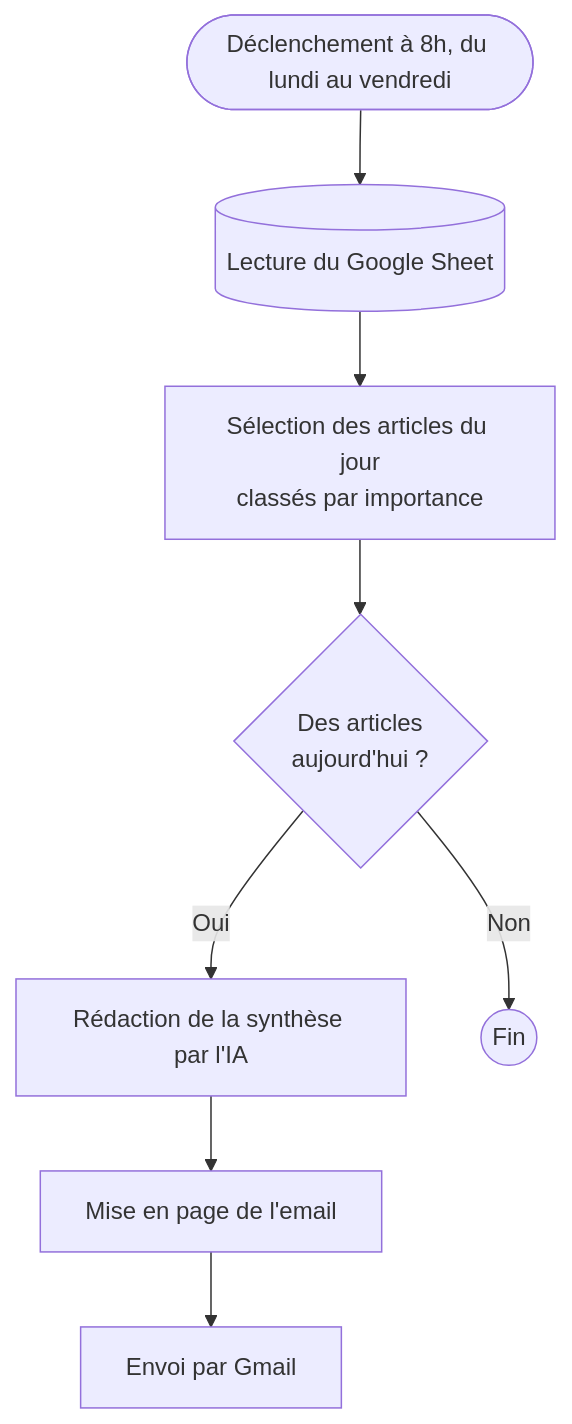
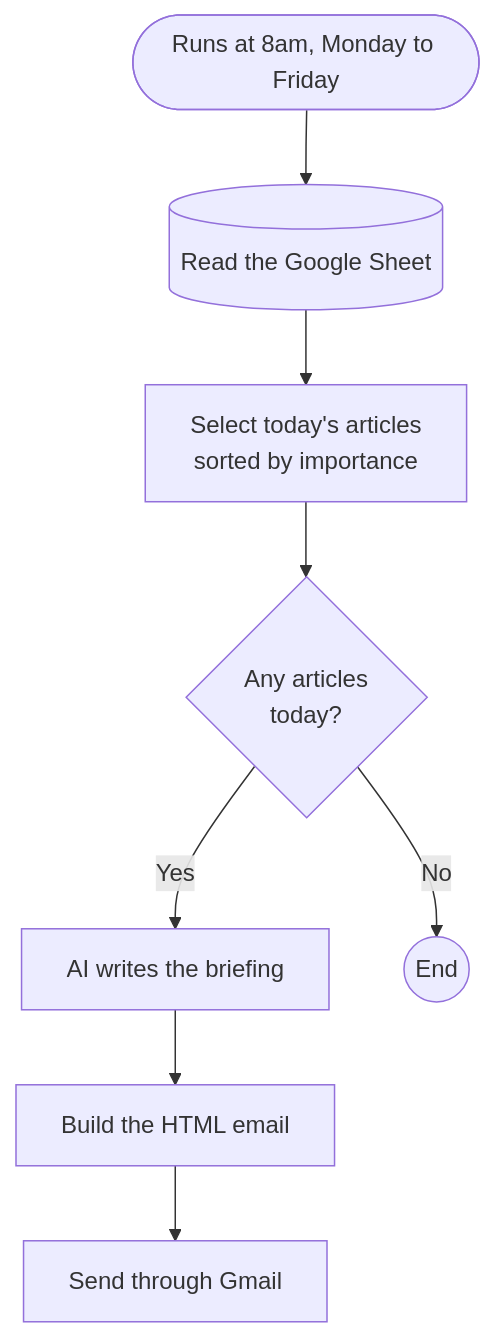
One commit to soumailaniampa11/Payment-watch changed the third of 3 diagrams in README.md. Above: the diagram before and after it, drawn with Mermaid. The commit also changed other lines of this file, not shown here.

````diff
--- a/README.md
+++ b/README.md
@@ -95,15 +95,15 @@
 ```mermaid
 flowchart TD
-    T(["Déclenchement à 8h, du lundi au vendredi"])
-    R[("Lecture du Google Sheet")]
-    P["Sélection des articles du jour<br/>classés par importance"]
-    C{"Des articles<br/>aujourd'hui ?"}
-    O["Rédaction de la synthèse par l'IA"]
-    H["Mise en page de l'email"]
-    M["Envoi par Gmail"]
-    F(("Fin"))
+    T(["Runs at 8am, Monday to Friday"])
+    R[("Read the Google Sheet")]
+    P["Select today's articles<br/>sorted by importance"]
+    C{"Any articles<br/>today?"}
+    O["AI writes the briefing"]
+    H["Build the HTML email"]
+    M["Send through Gmail"]
+    F(("End"))
 
     T --> R --> P --> C
-    C -- Oui --> O --> H --> M
-    C -- Non --> F
+    C -- Yes --> O --> H --> M
+    C -- No --> F
 ```
````
